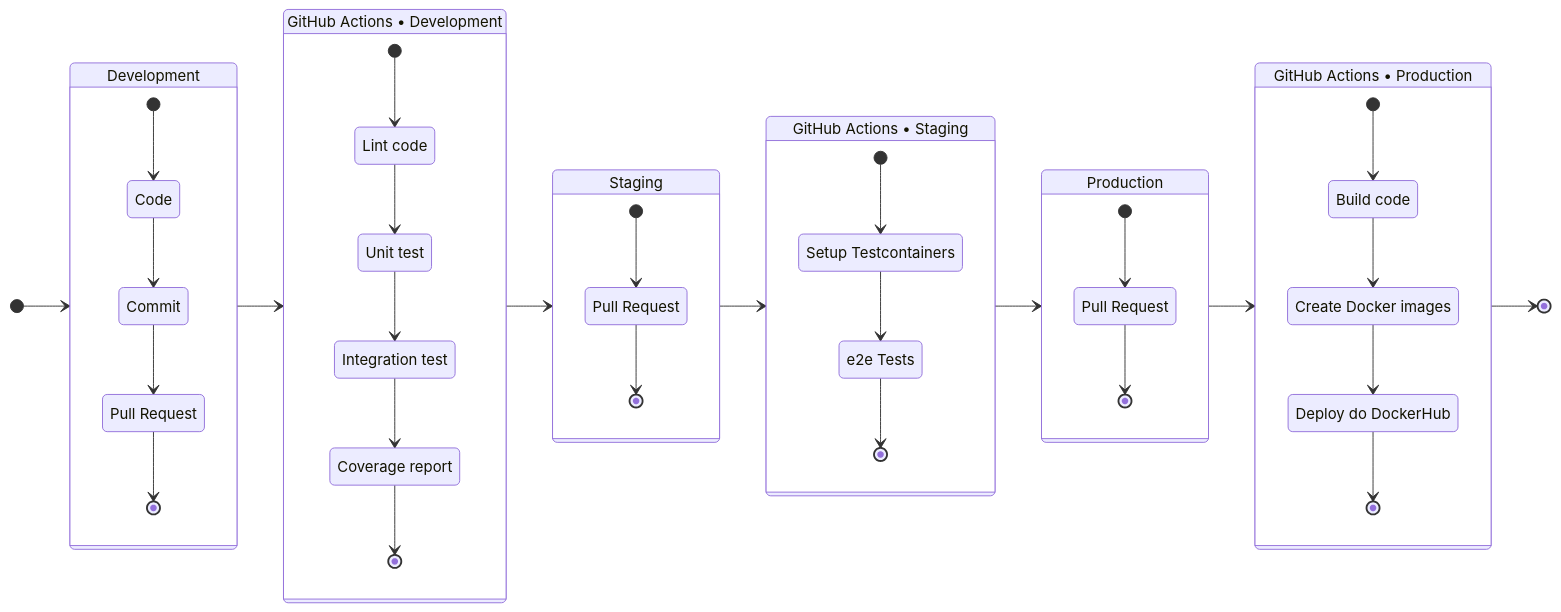
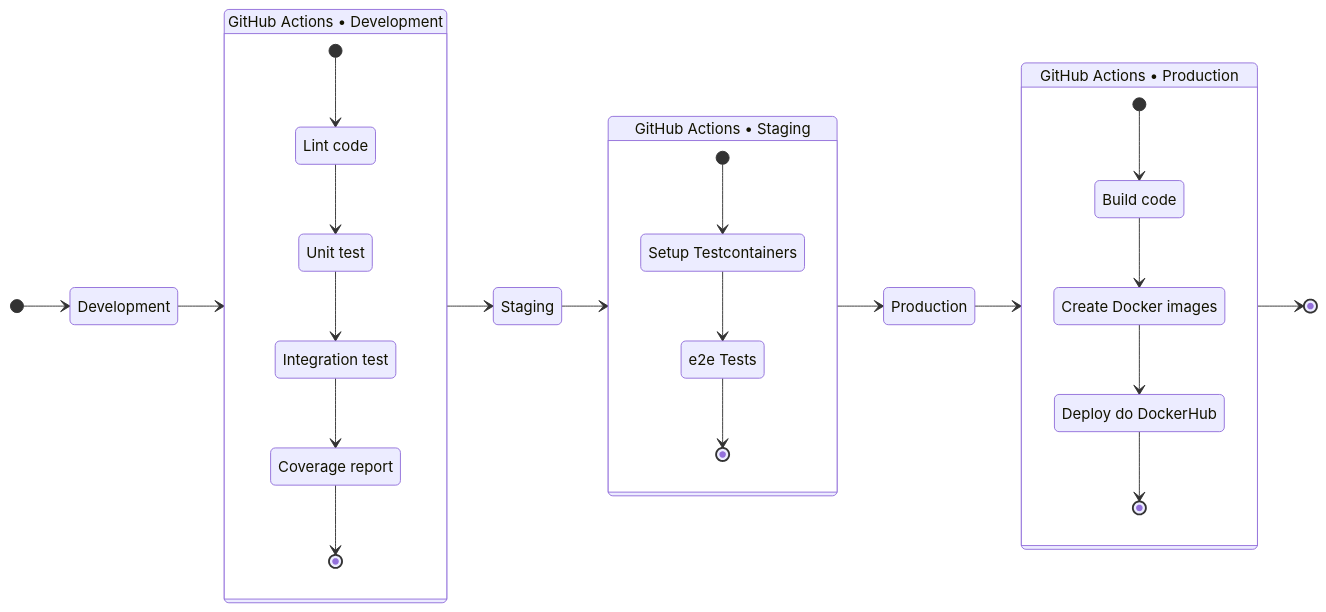
The second of 2 diagrams in README.md (shimisnow/poc-nestjs), drawn with Mermaid before and after one commit. The commit also changed other lines of this file and 3 other files, not shown here.

````diff
--- a/README.md
+++ b/README.md
@@ -83,80 +83,60 @@
 ```mermaid
 stateDiagram-v2
 direction LR
 
 classDef dev_style fill:#7f51ce
 classDef staging_style fill:#e3942a
 classDef prod_style fill:green
 
-
-state "Development" as development_stage {
-    state "Code" as dev_code
-    state "Commit" as dev_commit
-    state "Pull Request" as dev_pr
-    [*] --> dev_code
-    dev_code --> dev_commit
-    dev_commit --> dev_pr
-    dev_pr --> [*]
-}
-development_stage:::dev_style
+state "Development" as development_stage
 
 [*] --> development_stage
 
 state "GitHub Actions • Development" as github_dev_stage {
     state "Lint code" as lint
     state "Unit test" as unit
     state "Integration test" as integration
     state "Coverage report" as coverage
     [*] --> lint
     lint --> unit
     unit --> integration
     integration --> coverage
     coverage --> [*]
 }
 github_dev_stage:::dev_style
 
 development_stage --> github_dev_stage
 
-state "Staging" as staging_stage {
-    state "Pull Request" as staging_pr
-    [*] --> staging_pr
-    staging_pr --> [*]
-}
-staging_stage:::staging_style
+state "Staging" as staging_stage
 
 github_dev_stage --> staging_stage
 
 state "GitHub Actions • Staging" as github_staging_stage {
     state "Setup Testcontainers" as testcontainers
     state "e2e Tests" as e2e_tests
     [*] --> testcontainers
     testcontainers --> e2e_tests
     e2e_tests --> [*]
 }
 github_staging_stage:::staging_style
 
 staging_stage --> github_staging_stage
 
-state "Production" as prod_stage {
-    state "Pull Request" as prod_pr
-    [*] --> prod_pr
-    prod_pr --> [*]
-}
-prod_stage:::prod_style
+state "Production" as prod_stage
 
 github_staging_stage --> prod_stage
 
 state "GitHub Actions • Production" as github_prod_stage {
     state "Build code" as build_code
 	state "Create Docker images" as docker_images
 	state "Deploy do DockerHub" as docker_hub
 	[*] --> build_code
 	build_code --> docker_images
 	docker_images --> docker_hub
 	docker_hub --> [*]
 }
 github_prod_stage:::prod_style
 
 prod_stage --> github_prod_stage
 github_prod_stage --> [*]
 ```
````
